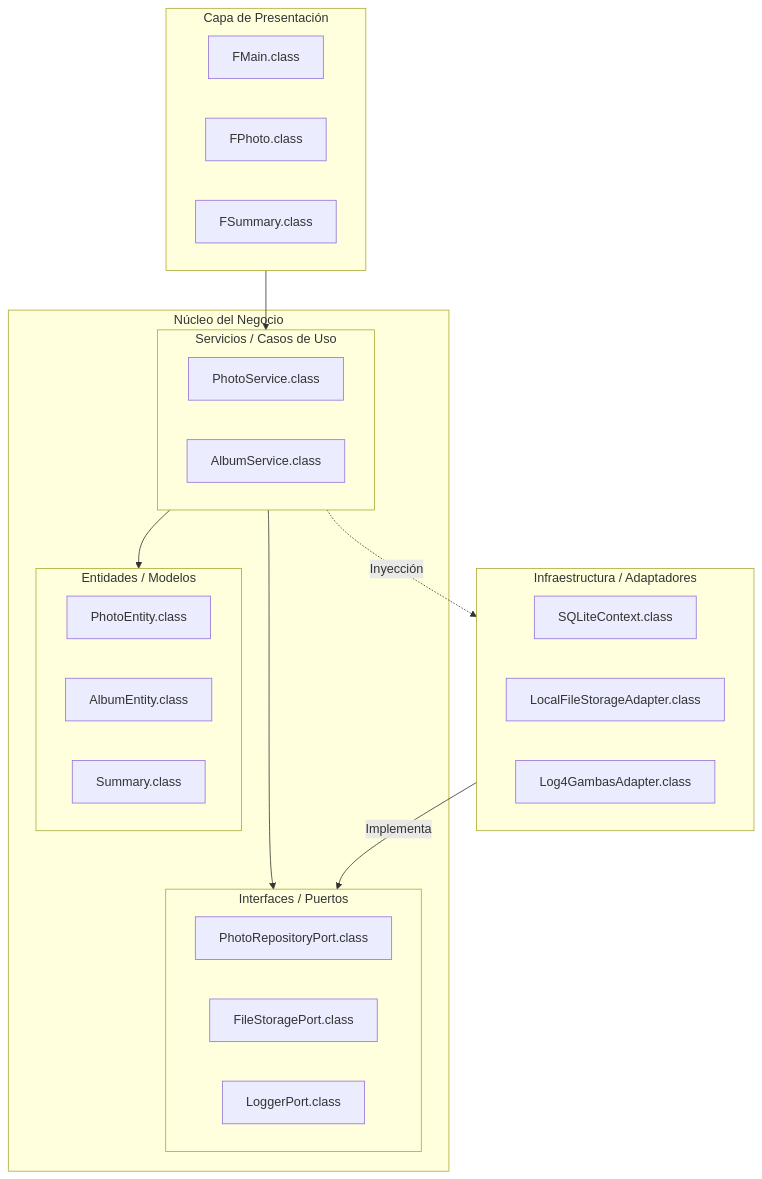
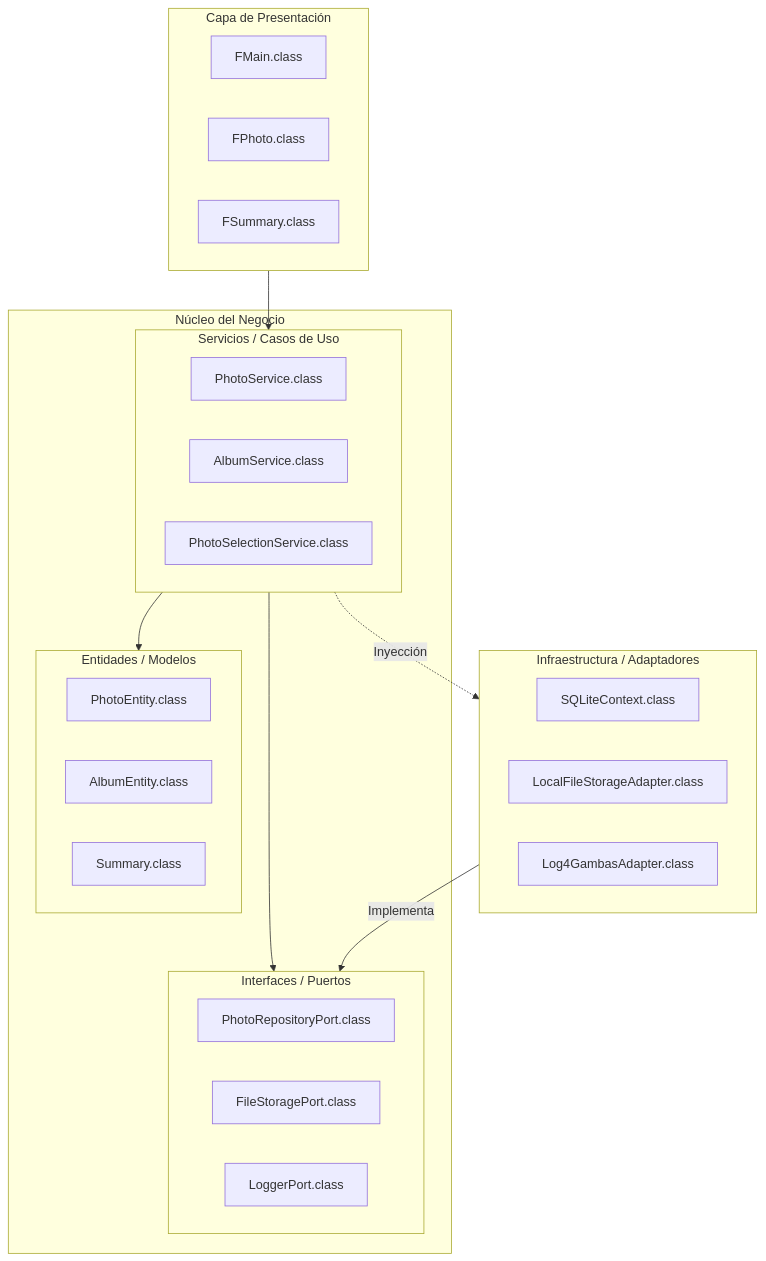
One commit to sepulvedamarcos/gacela changed the diagram in specs.md. Above: the diagram before and after it, drawn with Mermaid. The commit also changed other lines of this file and 20 other files, not shown here.

````diff
--- a/specs.md
+++ b/specs.md
@@ -11,38 +11,39 @@
 ```mermaid
 graph TD
     subgraph Views [Capa de Presentación]
         FMain[FMain.class]
         FPhoto[FPhoto.class]
         FSummary[FSummary.class]
     end
 
     subgraph Core [Núcleo del Negocio]
         subgraph Services [Servicios / Casos de Uso]
             PhotoService[PhotoService.class]
             AlbumService[AlbumService.class]
+            PhotoSelectionService[PhotoSelectionService.class]
         end
         subgraph Domain [Entidades / Modelos]
             PhotoEntity[PhotoEntity.class]
             AlbumEntity[AlbumEntity.class]
             Summary[Summary.class]
         end
         subgraph Ports [Interfaces / Puertos]
             PhotoRepoPort[PhotoRepositoryPort.class]
             StoragePort[FileStoragePort.class]
             LoggerPort[LoggerPort.class]
         end
     end
 
     subgraph Infrastructure [Infraestructura / Adaptadores]
         SQLiteContext[SQLiteContext.class]
         LocalStorage[LocalFileStorageAdapter.class]
         Log4Gambas[Log4GambasAdapter.class]
     end
 
     %% Dependencias
     Views --> Services
     Services --> Domain
     Services --> Ports
     Infrastructure -- Implementa --> Ports
     Services -. Inyección .-> Infrastructure
 ```
````
